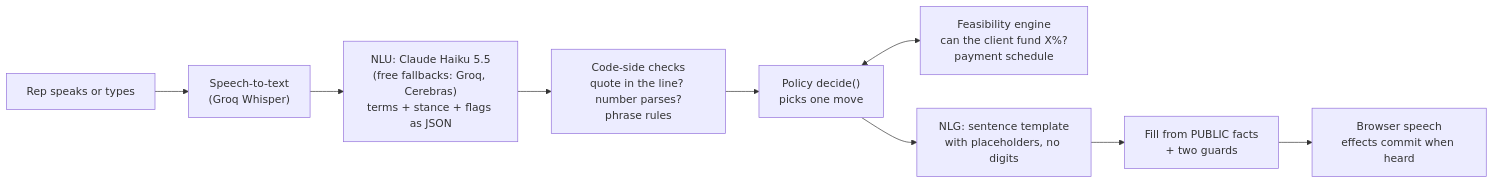
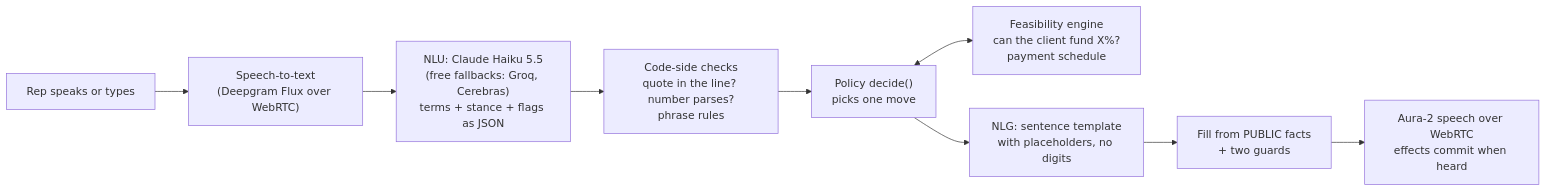
One commit to strike0702/Debt-Settlement-Agent changed the diagram in README.md. Above: the diagram before and after it, drawn with Mermaid. The commit also changed other lines of this file and 67 other files, not shown here.

````diff
--- a/README.md
+++ b/README.md
@@ -19,11 +19,11 @@
 ```mermaid
 flowchart LR
-  Rep["Rep speaks or types"] --> STT["Speech-to-text<br/>(Groq Whisper)"]
+  Rep["Rep speaks or types"] --> STT["Speech-to-text<br/>(Deepgram Flux over WebRTC)"]
   STT --> NLU["NLU: Claude Haiku 5.5<br/>(free fallbacks: Groq, Cerebras)<br/>terms + stance + flags as JSON"]
   NLU --> Check["Code-side checks<br/>quote in the line? number parses?<br/>phrase rules"]
   Check --> Policy["Policy decide()<br/>picks one move"]
   Policy <--> Engine["Feasibility engine<br/>can the client fund X%?<br/>payment schedule"]
   Policy --> NLG["NLG: sentence template<br/>with placeholders, no digits"]
   NLG --> Guards["Fill from PUBLIC facts<br/>+ two guards"]
-  Guards --> Speak["Browser speech<br/>effects commit when heard"]
+  Guards --> Speak["Aura-2 speech over WebRTC<br/>effects commit when heard"]
 ```
````
